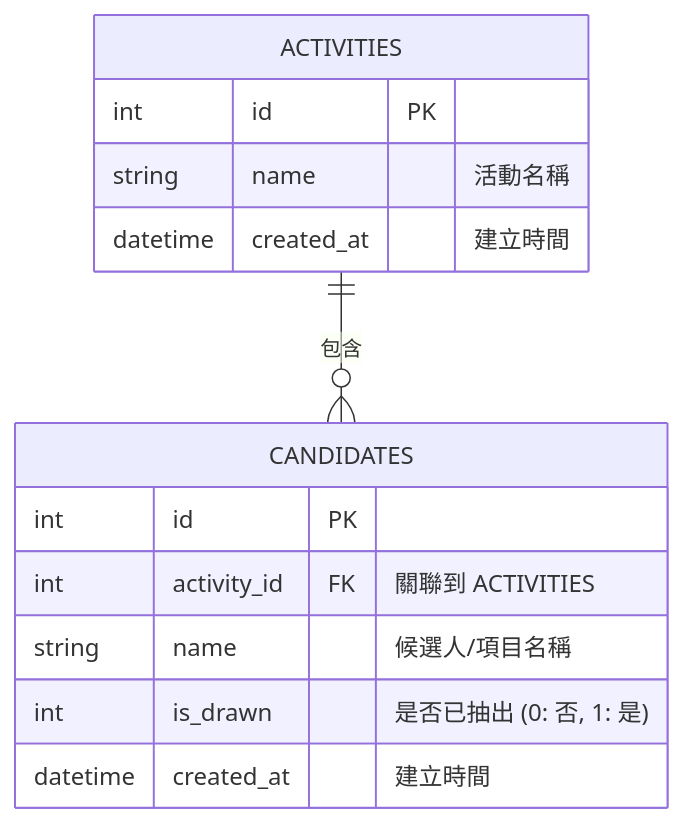
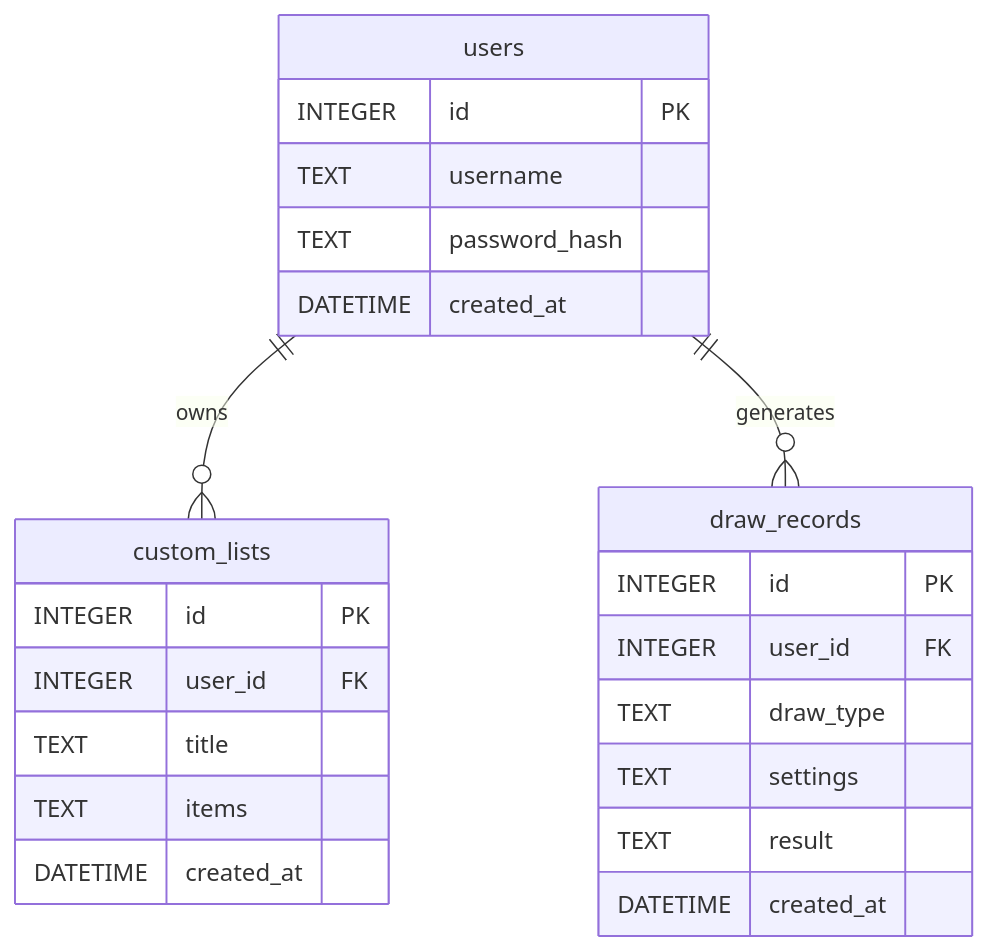
The diagram in docs/DB_DESIGN.md (xinya504/web_app_development), drawn with Mermaid before and after one commit. The commit also changed other lines of this file and 6 other files, not shown here.

Commit message:
feat: add database schema and models

````diff
--- a/docs/DB_DESIGN.md
+++ b/docs/DB_DESIGN.md
@@ -5,18 +7,29 @@
 ```mermaid
 erDiagram
-    ACTIVITIES {
-        int id PK
-        string name "活動名稱"
-        datetime created_at "建立時間"
-    }
+  users {
+    INTEGER id PK
+    TEXT username
+    TEXT password_hash
+    DATETIME created_at
+  }
+  
+  custom_lists {
+    INTEGER id PK
+    INTEGER user_id FK
+    TEXT title
+    TEXT items
+    DATETIME created_at
+  }
+  
+  draw_records {
+    INTEGER id PK
+    INTEGER user_id FK
+    TEXT draw_type
+    TEXT settings
+    TEXT result
+    DATETIME created_at
+  }
 
-    CANDIDATES {
-        int id PK
-        int activity_id FK "關聯到 ACTIVITIES"
-        string name "候選人/項目名稱"
-        int is_drawn "是否已抽出 (0: 否, 1: 是)"
-        datetime created_at "建立時間"
-    }
-
-    ACTIVITIES ||--o{ CANDIDATES : "包含"
+  users ||--o{ custom_lists : "owns"
+  users ||--o{ draw_records : "generates"
 ```
````
